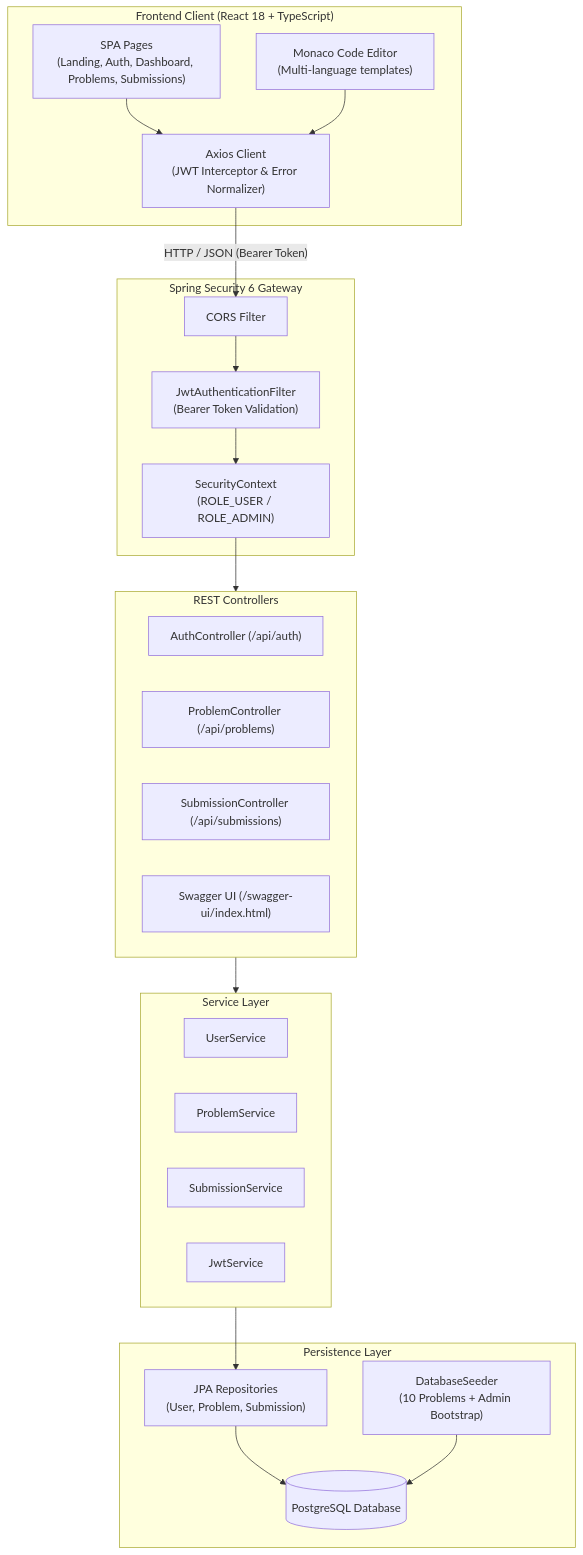
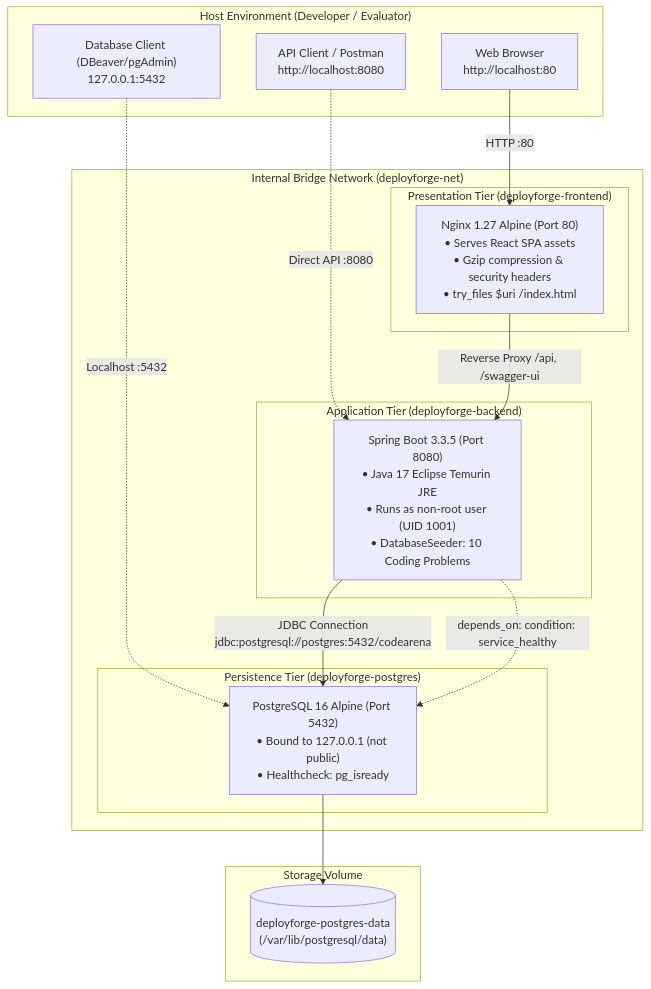
The first of 2 diagrams in README.md (vidushitripa4thi/codearena), drawn with Mermaid before and after one commit. The commit also changed other lines of this file and 27 other files, not shown here.

````diff
--- a/README.md
+++ b/README.md
@@ -93,44 +106,34 @@
 ```mermaid
 flowchart TD
-    subgraph Client["Frontend Client (React 18 + TypeScript)"]
-        Pages["SPA Pages<br/>(Landing, Auth, Dashboard, Problems, Submissions)"]
-        Editor["Monaco Code Editor<br/>(Multi-language templates)"]
-        Axios["Axios Client<br/>(JWT Interceptor & Error Normalizer)"]
-        Pages --> Axios
-        Editor --> Axios
+    subgraph Host["Host Environment (Developer / Evaluator)"]
+        Browser["Web Browser<br/>http://localhost:80"]
+        APIClient["API Client / Postman<br/>http://localhost:8080"]
+        DBClient["Database Client (DBeaver/pgAdmin)<br/>127.0.0.1:5432"]
     end
 
-    subgraph Security["Spring Security 6 Gateway"]
-        CORS["CORS Filter"]
-        JWTFilter["JwtAuthenticationFilter<br/>(Bearer Token Validation)"]
-        SecurityContext["SecurityContext<br/>(ROLE_USER / ROLE_ADMIN)"]
-        CORS --> JWTFilter --> SecurityContext
+    subgraph DockerNetwork["Internal Bridge Network (deployforge-net)"]
+        subgraph FrontendTier["Presentation Tier (deployforge-frontend)"]
+            Nginx["Nginx 1.27 Alpine (Port 80)<br/>• Serves React SPA assets<br/>• Gzip compression & security headers<br/>• try_files $uri /index.html"]
+        end
+
+        subgraph BackendTier["Application Tier (deployforge-backend)"]
+            Backend["Spring Boot 3.3.5 (Port 8080)<br/>• Java 17 Eclipse Temurin JRE<br/>• Runs as non-root user (UID 1001)<br/>• DatabaseSeeder: 10 Coding Problems"]
+        end
+
+        subgraph DatabaseTier["Persistence Tier (deployforge-postgres)"]
+            Postgres["PostgreSQL 16 Alpine (Port 5432)<br/>• Bound to 127.0.0.1 (not public)<br/>• Healthcheck: pg_isready"]
+        end
     end
 
-    subgraph Controllers["REST Controllers"]
-        AuthController["AuthController (/api/auth)"]
-        ProblemController["ProblemController (/api/problems)"]
-        SubmissionController["SubmissionController (/api/submissions)"]
-        Swagger["Swagger UI (/swagger-ui/index.html)"]
+    subgraph Volume["Storage Volume"]
+        DataVol[("deployforge-postgres-data<br/>(/var/lib/postgresql/data)")]
     end
 
-    subgraph Services["Service Layer"]
-        UserService["UserService"]
-        ProblemService["ProblemService"]
-        SubmissionService["SubmissionService"]
-        JwtService["JwtService"]
-    end
-
-    subgraph Data["Persistence Layer"]
-        Repo["JPA Repositories<br/>(User, Problem, Submission)"]
-        Seeder["DatabaseSeeder<br/>(10 Problems + Admin Bootstrap)"]
-        DB[("PostgreSQL Database")]
-        Repo --> DB
-        Seeder --> DB
-    end
-
-    Axios -->|"HTTP / JSON (Bearer Token)"| CORS
-    SecurityContext --> Controllers
-    Controllers --> Services
-    Services --> Repo
+    Browser -->|"HTTP :80"| Nginx
+    APIClient -.->|"Direct API :8080"| Backend
+    DBClient -.->|"Localhost :5432"| Postgres
+    Nginx -->|"Reverse Proxy /api, /swagger-ui"| Backend
+    Backend -->|"JDBC Connection<br/>jdbc:postgresql://postgres:5432/codearena"| Postgres
+    Postgres --> DataVol
+    Backend -.->|"depends_on: condition: service_healthy"| Postgres
 ```
````
